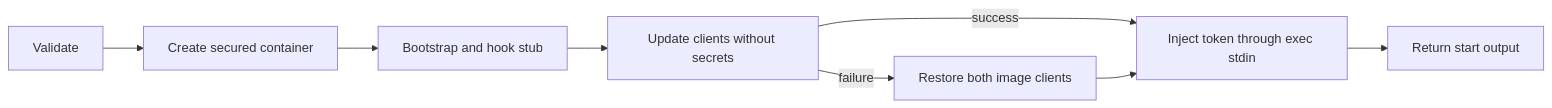
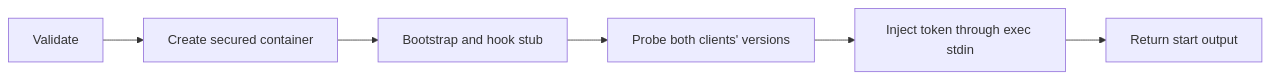
One commit to ophis/agent-pm changed the diagram in docs/docker-broker-protocol.md. Above: the diagram before and after it, drawn with Mermaid. The commit also changed other lines of this file and 35 other files, not shown here.

````diff
--- a/docs/docker-broker-protocol.md
+++ b/docs/docker-broker-protocol.md
@@ -107,10 +99,8 @@
 ```mermaid
 flowchart LR
     V[Validate] --> C[Create secured container]
     C --> B[Bootstrap and hook stub]
-    B --> U[Update clients without secrets]
-    U -->|success| T[Inject token through exec stdin]
-    U -->|failure| R[Restore both image clients]
-    R --> T
+    B --> P[Probe both clients' versions]
+    P --> T[Inject token through exec stdin]
     T --> O[Return start output]
 ```
````
